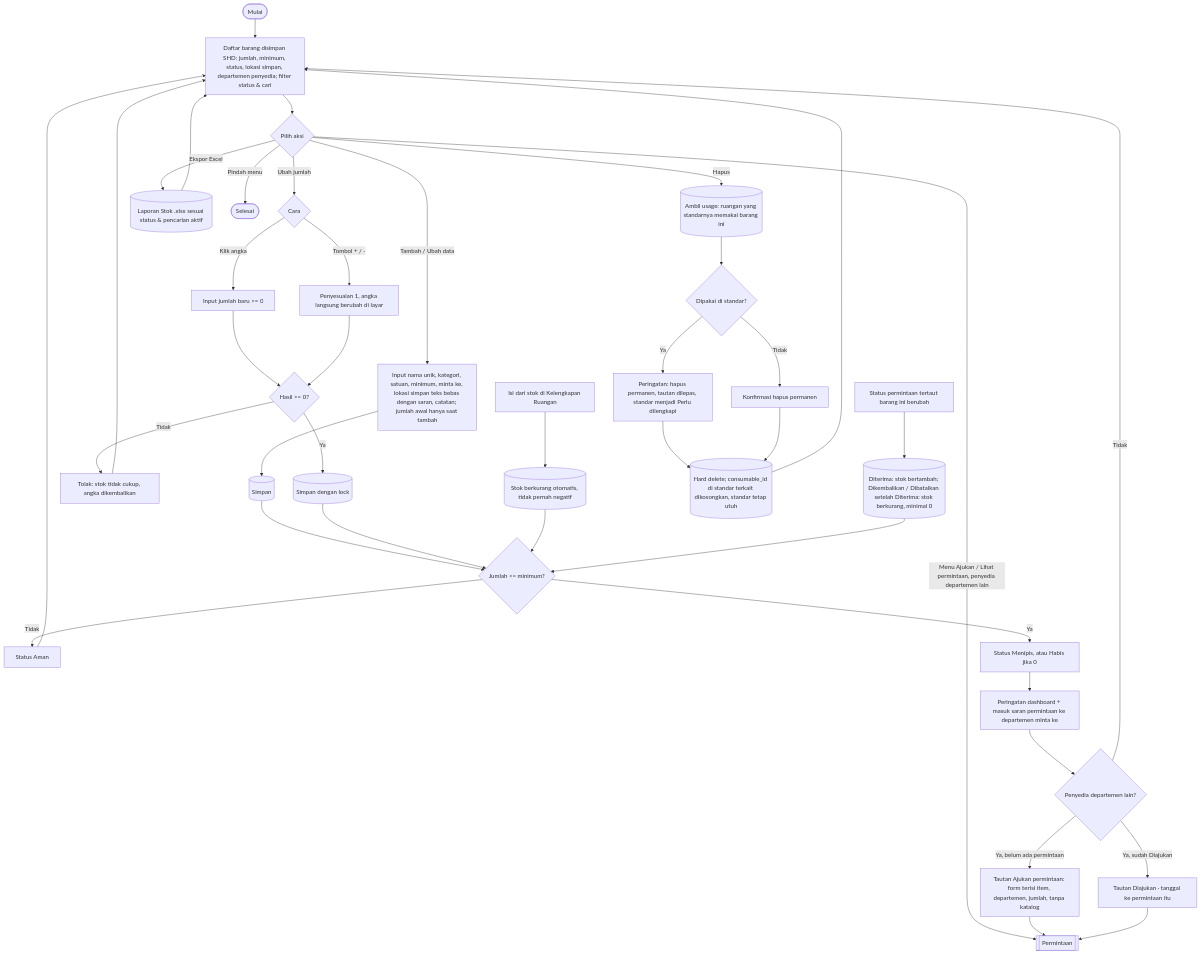
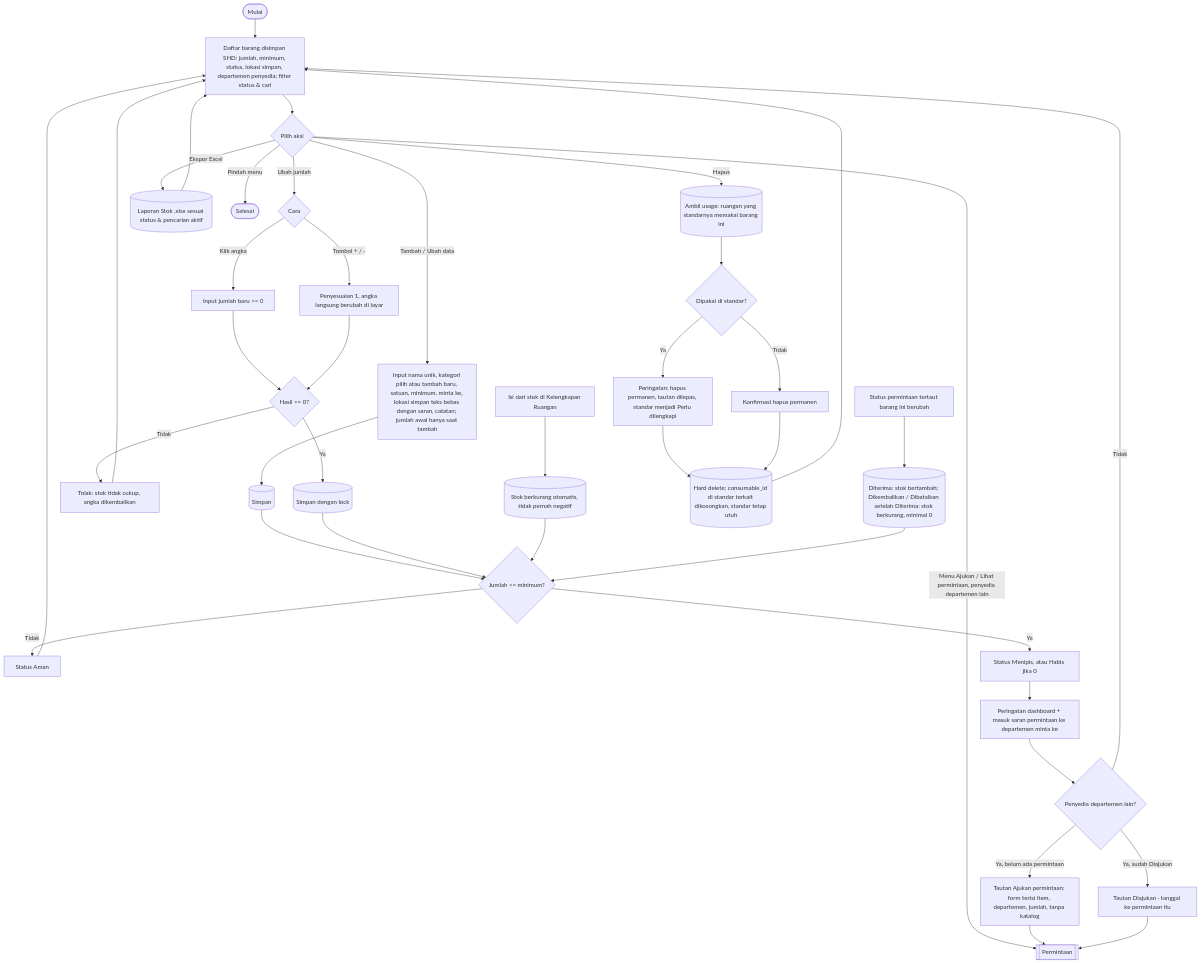
The eighth of 9 diagrams in docs/flowchart.md (mrizqihidayat/system-tracking-asset), drawn with Mermaid before and after one commit. The commit also changed other lines of this file and 38 other files, not shown here.

First line of the commit message:
T26s: kategori stok sebagai data master

````diff
--- a/docs/flowchart.md
+++ b/docs/flowchart.md
@@ -292,35 +292,35 @@
 ```mermaid
 flowchart TD
     A([Mulai]) --> B[Daftar barang disimpan SHD: jumlah, minimum, status, lokasi simpan, departemen penyedia; filter status & cari]
     B --> C{Pilih aksi}
 
-    C -- Tambah / Ubah data --> T1[Input nama unik, kategori, satuan, minimum, minta ke, lokasi simpan teks bebas dengan saran, catatan; jumlah awal hanya saat tambah] --> T2[(Simpan)] --> CEK
+    C -- Tambah / Ubah data --> T1[Input nama unik, kategori pilih atau tambah baru, satuan, minimum, minta ke, lokasi simpan teks bebas dengan saran, catatan; jumlah awal hanya saat tambah] --> T2[(Simpan)] --> CEK
 
     C -- Ubah jumlah --> J0{Cara}
     J0 -- Klik angka --> J1[Input jumlah baru >= 0]
     J0 -- Tombol + / - --> J2[Penyesuaian 1, angka langsung berubah di layar]
     J1 & J2 --> J3{Hasil >= 0?}
     J3 -- Tidak --> J4[Tolak: stok tidak cukup, angka dikembalikan] --> B
     J3 -- Ya --> J5[(Simpan dengan lock)] --> CEK
 
     R0[Isi dari stok di Kelengkapan Ruangan] --> R1[(Stok berkurang otomatis, tidak pernah negatif)] --> CEK
     R2[Status permintaan tertaut barang ini berubah] --> R3[(Diterima: stok bertambah; Dikembalikan / Dibatalkan setelah Diterima: stok berkurang, minimal 0)] --> CEK
 
     C -- Hapus --> H0[(Ambil usage: ruangan yang standarnya memakai barang ini)]
     H0 --> H1{Dipakai di standar?}
     H1 -- Ya --> H2[Peringatan: hapus permanen, tautan dilepas, standar menjadi Perlu dilengkapi]
     H1 -- Tidak --> H3[Konfirmasi hapus permanen]
     H2 & H3 --> H4[(Hard delete; consumable_id di standar terkait dikosongkan, standar tetap utuh)] --> B
 
     C -- Menu Ajukan / Lihat permintaan, penyedia departemen lain --> S6a[[Permintaan]]
 
     C -- Ekspor Excel --> X1[(Laporan Stok .xlsx sesuai status & pencarian aktif)] --> B
     C -- Pindah menu --> Z([Selesai])
 
     CEK{Jumlah <= minimum?}
     CEK -- Tidak --> S1[Status Aman] --> B
     CEK -- Ya --> S2[Status Menipis, atau Habis jika 0] --> S3[Peringatan dashboard + masuk saran permintaan ke departemen minta ke] --> S4{Penyedia departemen lain?}
     S4 -- Tidak --> B
     S4 -- Ya, belum ada permintaan --> S5a[Tautan Ajukan permintaan: form terisi item, departemen, jumlah, tanpa katalog] --> S6a
     S4 -- Ya, sudah Diajukan --> S7a[Tautan Diajukan · tanggal ke permintaan itu] --> S6a
 ```
````
